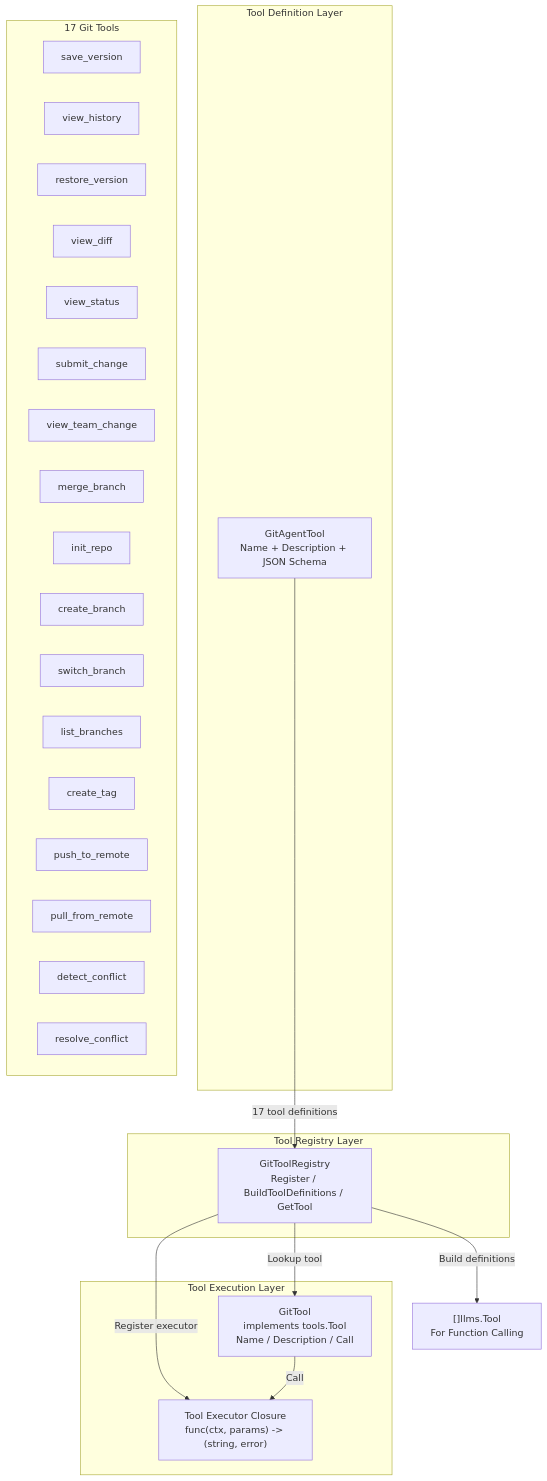
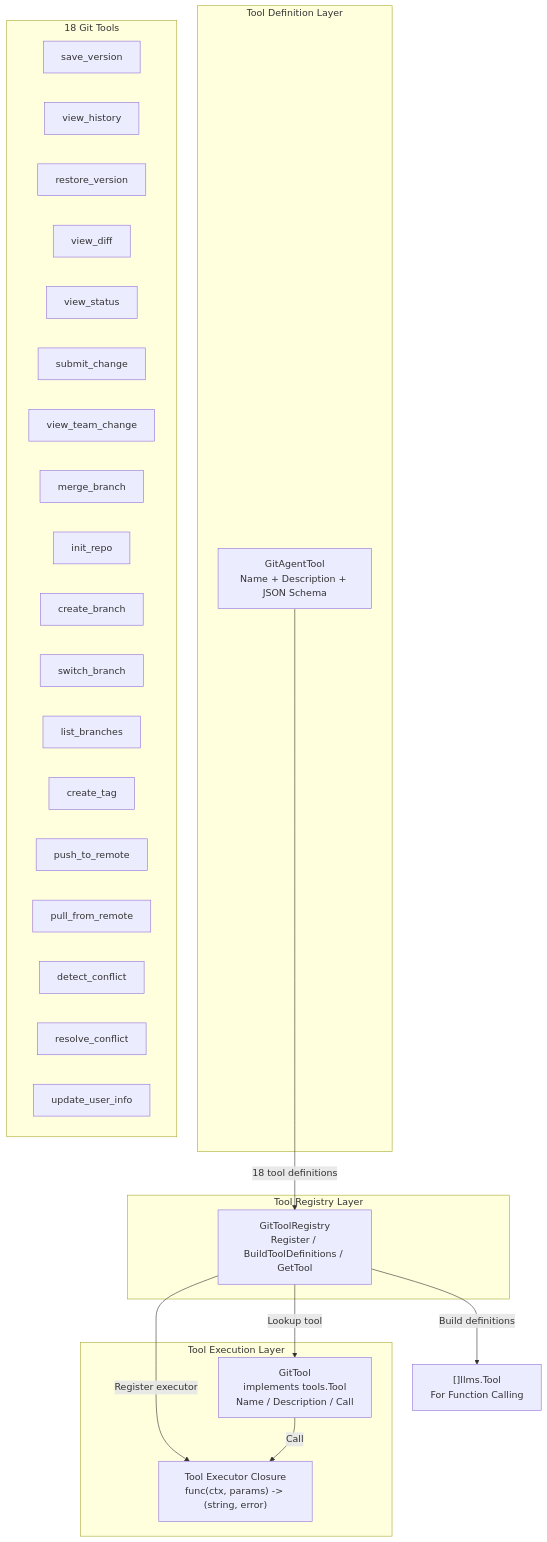
One commit to jackz-jones/git-agent changed the sixth of 7 diagrams in README.md. Above: the diagram before and after it, drawn with Mermaid. The commit also changed other lines of this file and 4 other files, not shown here.

````diff
--- a/README.md
+++ b/README.md
@@ -193,41 +194,42 @@
 ```mermaid
 graph TB
     subgraph def[Tool Definition Layer]
         GAT[GitAgentTool<br/>Name + Description + JSON Schema]
     end
 
     subgraph reg[Tool Registry Layer]
         GTR[GitToolRegistry<br/>Register / BuildToolDefinitions / GetTool]
     end
 
     subgraph exec[Tool Execution Layer]
         GT[GitTool<br/>implements tools.Tool<br/>Name / Description / Call]
         EXEC["Tool Executor Closure<br/>func(ctx, params) -&gt; (string, error)"]
     end
 
-    GAT -->|17 tool definitions| GTR
+    GAT -->|18 tool definitions| GTR
     GTR -->|Register executor| EXEC
     GTR -->|Build definitions| TD["[]llms.Tool<br/>For Function Calling"]
     GTR -->|Lookup tool| GT
     GT -->|Call| EXEC
 
-    subgraph tools[17 Git Tools]
+    subgraph tools[18 Git Tools]
         T1[save_version]
         T2[view_history]
         T3[restore_version]
         T4[view_diff]
         T5[view_status]
         T6[submit_change]
         T7[view_team_change]
         T8[merge_branch]
         T9[init_repo]
         T10[create_branch]
         T11[switch_branch]
         T12[list_branches]
         T13[create_tag]
         T14[push_to_remote]
         T15[pull_from_remote]
         T16[detect_conflict]
         T17[resolve_conflict]
+        T18[update_user_info]
     end
 ```
````
